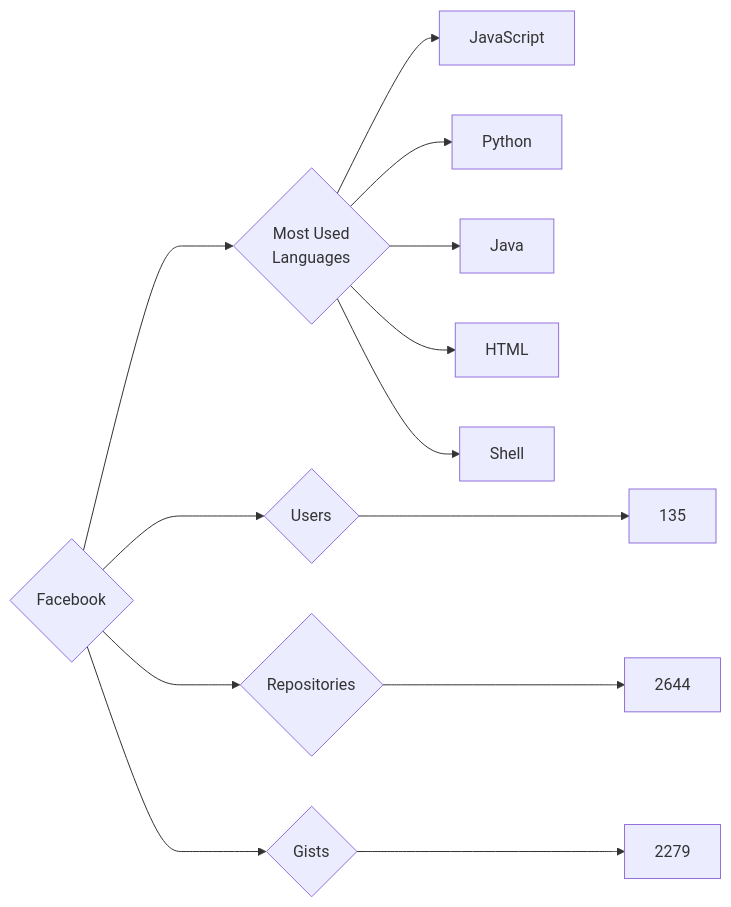
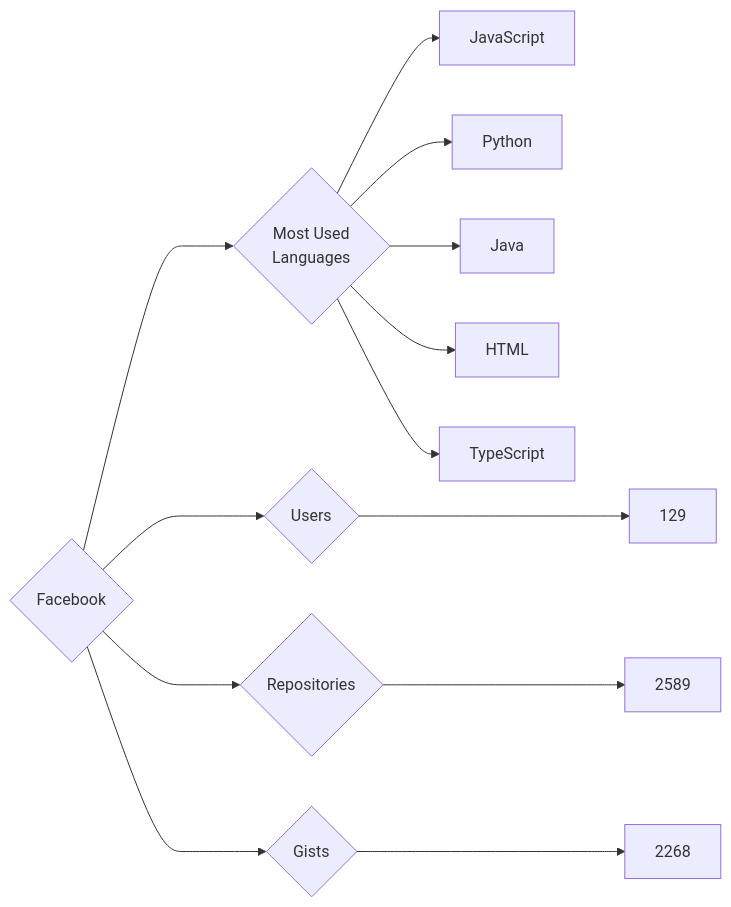
The diagram in targets/Facebook/README.md (trickest/insiders), drawn with Mermaid before and after one commit. The commit also changed 629 other files, not shown here.

````diff
--- a/targets/Facebook/README.md
+++ b/targets/Facebook/README.md
@@ -3,13 +3,13 @@
 ```mermaid
 graph LR
 COMPANY_NAME{Facebook}
-COMPANY_NAME ---> U{Users} ---> UN[135]
-COMPANY_NAME ---> R{Repositories} ---> RN[2644]
-COMPANY_NAME ---> G{Gists} ---> GN[2279]
+COMPANY_NAME ---> U{Users} ---> UN[129]
+COMPANY_NAME ---> R{Repositories} ---> RN[2589]
+COMPANY_NAME ---> G{Gists} ---> GN[2268]
 COMPANY_NAME ---> ML{Most Used<br>Languages}
 ML --> JavaScript[JavaScript]
 ML --> Python[Python]
 ML --> Java[Java]
 ML --> HTML[HTML]
-ML --> Shell[Shell]
+ML --> TypeScript[TypeScript]
 ```
````
